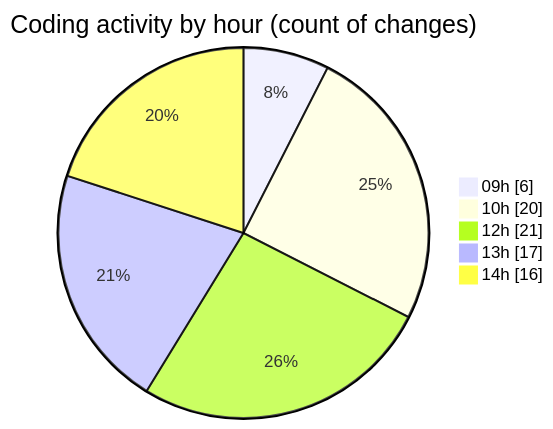
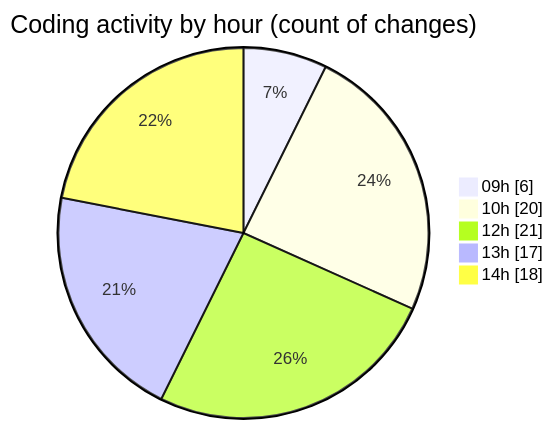
Before and after one commit to becaeroporto-bot/code-tracking: the second of 2 diagrams in 2026-02-18/bot_v1_2/README.md, drawn with Mermaid. The commit also changed other lines of this file and 1 other file, not shown here.

````diff
--- a/2026-02-18/bot_v1_2/README.md
+++ b/2026-02-18/bot_v1_2/README.md
@@ -55,9 +55,9 @@
 ```mermaid
 pie showData
 title Coding activity by hour (count of changes)
 "09h" : 6
 "10h" : 20
 "12h" : 21
 "13h" : 17
-"14h" : 16
+"14h" : 18
 ```
````
